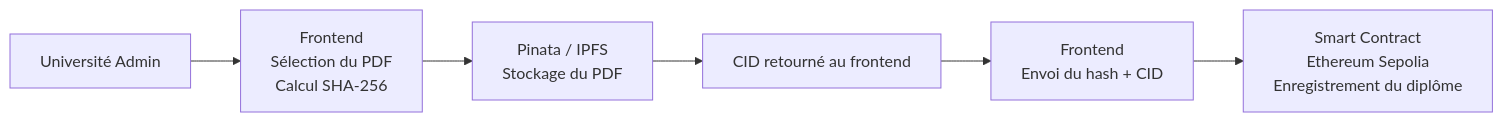
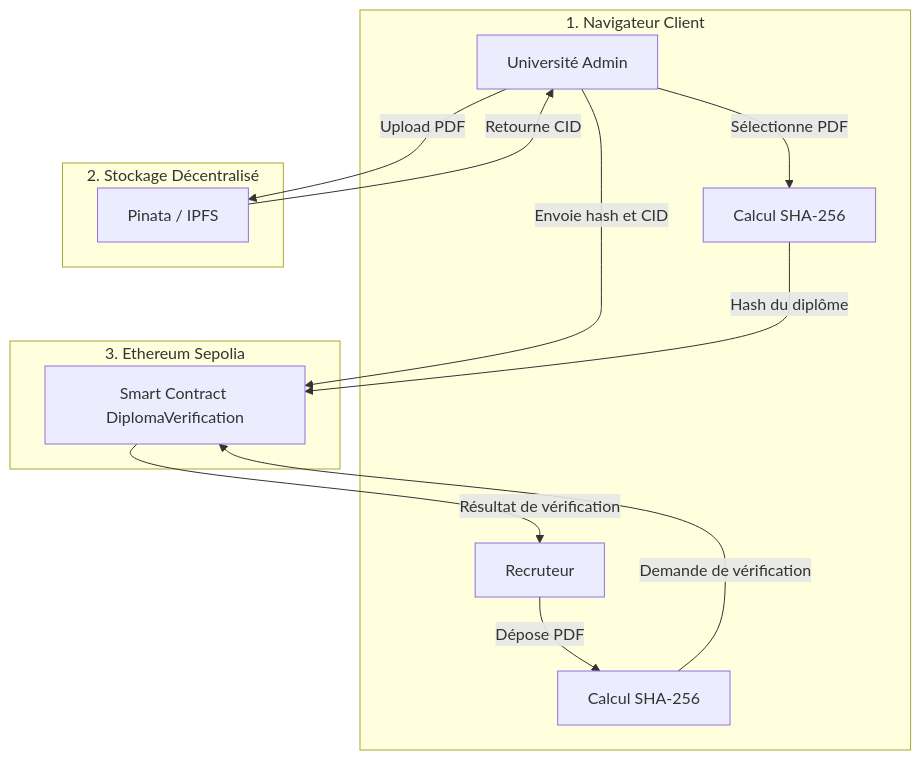
Before and after one commit to buildwithrayen/blockchain-diploma-verification: the diagram in README.md, drawn with Mermaid. The commit also changed other lines of this file, not shown here.

````diff
--- a/README.md
+++ b/README.md
@@ -25,8 +24,27 @@
 ```mermaid
-flowchart LR
-    A["Université Admin"] --> B["Frontend<br/>Sélection du PDF<br/>Calcul SHA-256"]
-    B --> C["Pinata / IPFS<br/>Stockage du PDF"]
-    C --> D["CID retourné au frontend"]
-    D --> E["Frontend<br/>Envoi du hash + CID"]
-    E --> F["Smart Contract<br/>Ethereum Sepolia<br/>Enregistrement du diplôme"]
+flowchart TD
+    subgraph Browser["1. Navigateur Client"]
+        Admin["Université Admin"]
+        Recruiter["Recruteur"]
+        Hash1["Calcul SHA-256"]
+        Hash2["Calcul SHA-256"]
+    end
+
+    subgraph Storage["2. Stockage Décentralisé"]
+        Pinata["Pinata / IPFS"]
+    end
+
+    subgraph Blockchain["3. Ethereum Sepolia"]
+        SC["Smart Contract DiplomaVerification"]
+    end
+
+    Admin -->|Sélectionne PDF| Hash1
+    Admin -->|Upload PDF| Pinata
+    Pinata -->|Retourne CID| Admin
+    Admin -->|Envoie hash et CID| SC
+    Hash1 -->|Hash du diplôme| SC
+
+    Recruiter -->|Dépose PDF| Hash2
+    Hash2 -->|Demande de vérification| SC
+    SC -->|Résultat de vérification| Recruiter
 ```
````
